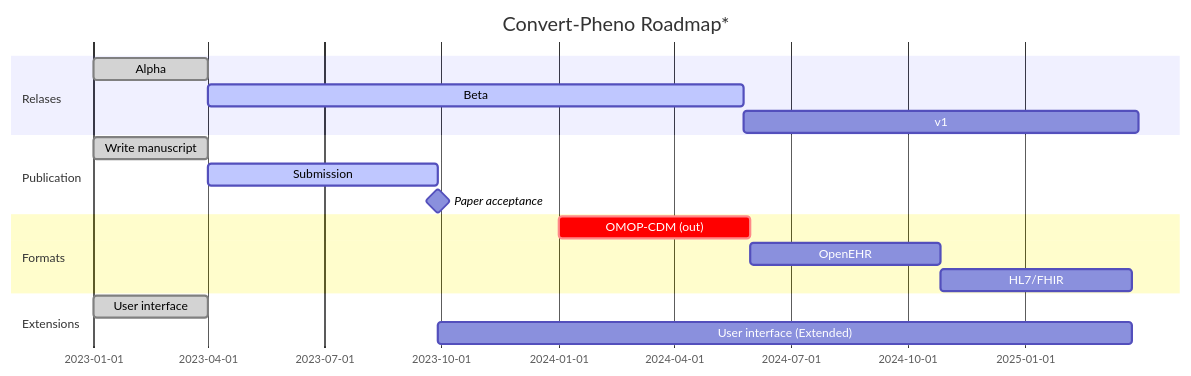
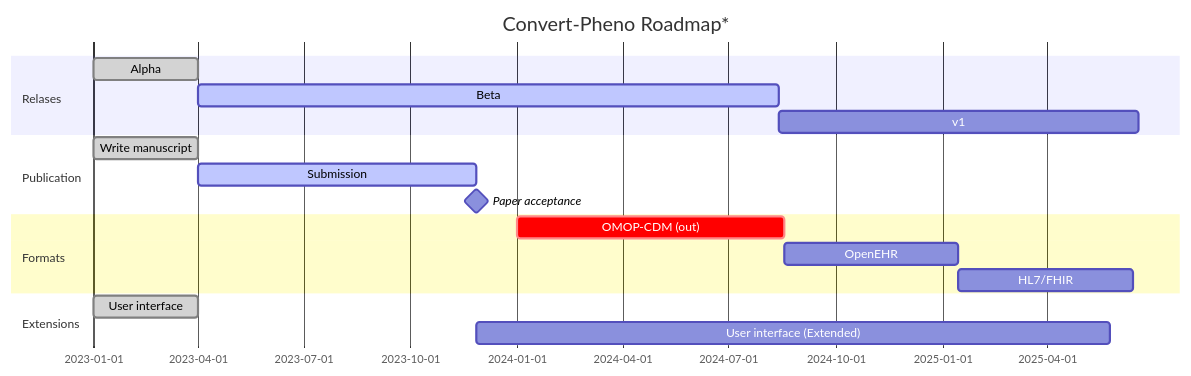
One commit to CNAG-Biomedical-Informatics/convert-pheno changed the diagram in docs/future-plans.md. Above: the diagram before and after it, drawn with Mermaid. The commit also changed other lines of this file and 8 other files, not shown here.

````diff
--- a/docs/future-plans.md
+++ b/docs/future-plans.md
@@ -1,24 +1,24 @@
 ```mermaid
   gantt
     title Convert-Pheno Roadmap*
     dateFormat  YYYY-MM-DD
 
     section Relases
     Alpha                     :done,      r1, 2023-01-01, 90d
-    Beta                      :active,    r2, after m1, 420d
+    Beta                      :active,    r2, after m1, 500d
     v1                        :           r3, after r2, 310d
 
     section Publication
     Write manuscript          :done,      m1, 2023-01-01, 90d
-    Submission                :active,    m2, after m1, 180d
+    Submission                :active,    m2, after m1, 240d
     Paper acceptance          :milestone, after m2, 0d
 
     section Formats
-    OMOP-CDM (out)  :crit, f1, 2024-01-01, 150d
+    OMOP-CDM (out)  :crit, f1, 2024-01-01, 230d
     OpenEHR         :      f2, after f1, 150d
     HL7/FHIR        :      f3, after f2, 150d
 
     section Extensions
     User interface            :done,   e1, 2023-01-01, 90d
     User interface (Extended) :        after m2, 545d
 ```
````
